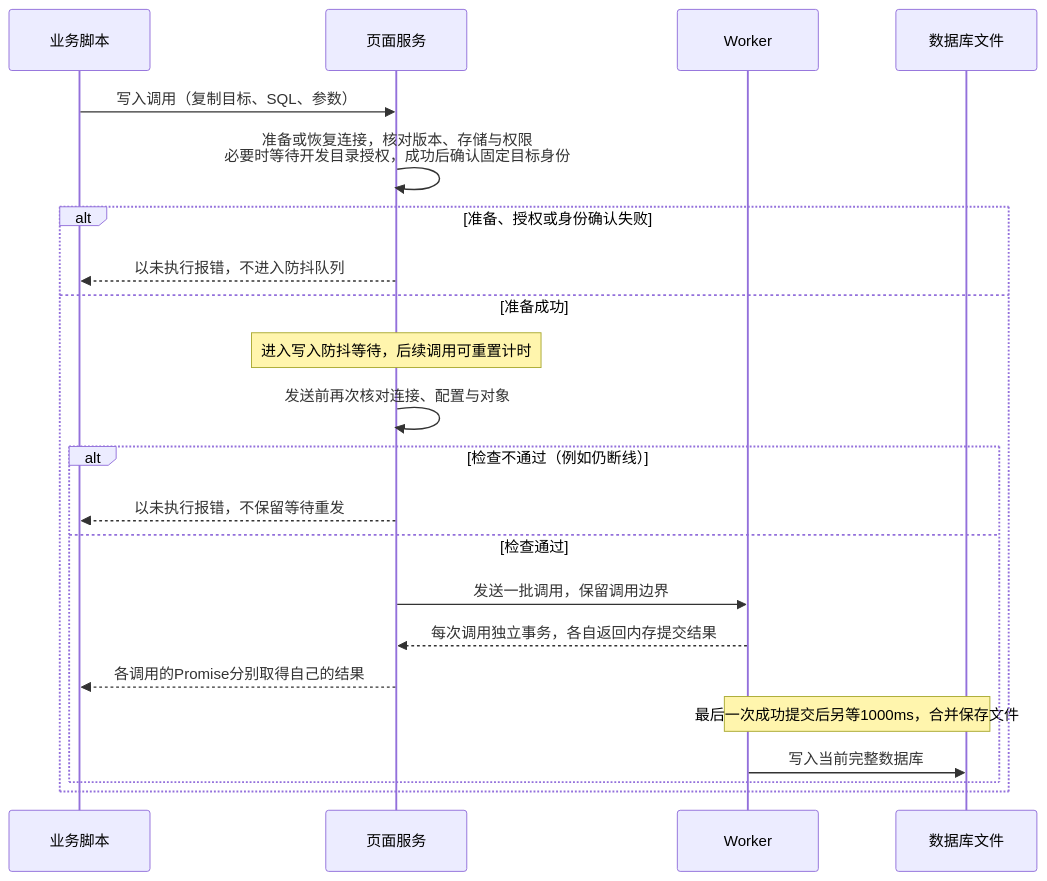
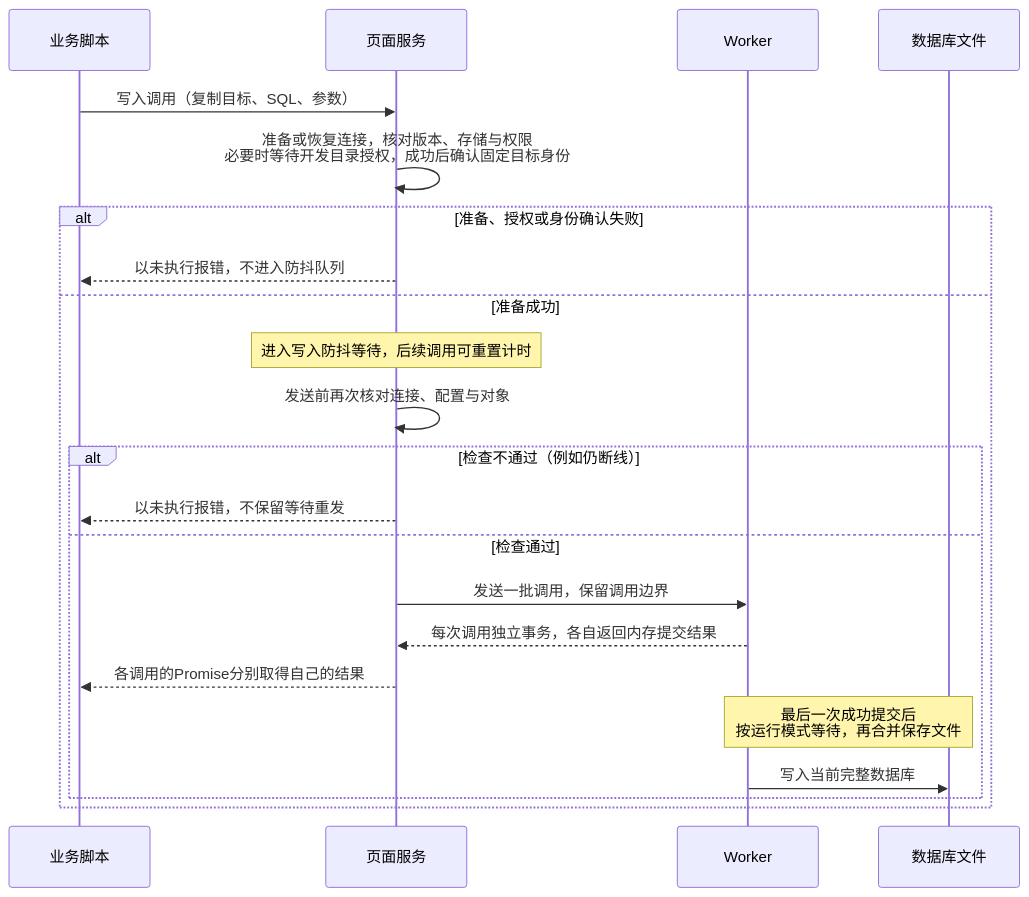
One commit to q3boy/st-sqlite-helper changed the first of 2 diagrams in skills/dvs-card-authoring/references/helper-recovery.md. Above: the diagram before and after it, drawn with Mermaid. The commit also changed other lines of this file and 26 other files, not shown here.

````diff
--- a/skills/dvs-card-authoring/references/helper-recovery.md
+++ b/skills/dvs-card-authoring/references/helper-recovery.md
@@ -15,24 +15,24 @@
 ```mermaid
 sequenceDiagram
     participant B as 业务脚本
     participant P as 页面服务
     participant W as Worker
     participant F as 数据库文件
     B->>P: 写入调用（复制目标、SQL、参数）
     P->>P: 准备或恢复连接，核对版本、存储与权限<br/>必要时等待开发目录授权，成功后确认固定目标身份
     alt 准备、授权或身份确认失败
         P-->>B: 以未执行报错，不进入防抖队列
     else 准备成功
         Note over P: 进入写入防抖等待，后续调用可重置计时
         P->>P: 发送前再次核对连接、配置与对象
         alt 检查不通过（例如仍断线）
             P-->>B: 以未执行报错，不保留等待重发
         else 检查通过
             P->>W: 发送一批调用，保留调用边界
             W-->>P: 每次调用独立事务，各自返回内存提交结果
         P-->>B: 各调用的Promise分别取得自己的结果
-            Note over W,F: 最后一次成功提交后另等1000ms，合并保存文件
+            Note over W,F: 最后一次成功提交后<br/>按运行模式等待，再合并保存文件
             W->>F: 写入当前完整数据库
         end
     end
 ```
````
